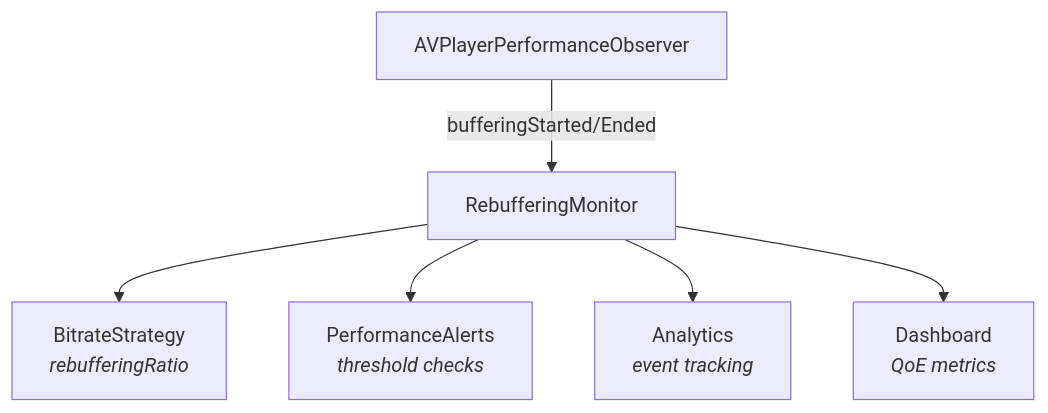
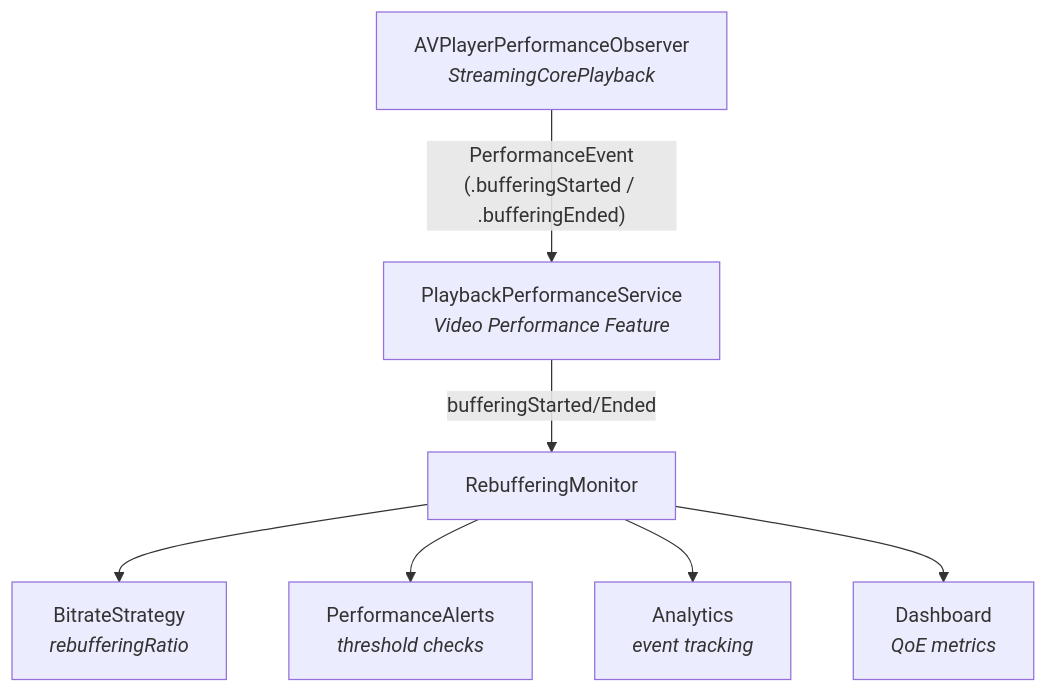
Before and after one commit to tattva20/StreamingVideoApp: the second of 2 diagrams in docs/features/REBUFFERING-DETECTION.md, drawn with Mermaid. The commit also changed other lines of this file and 43 other files, not shown here.

````diff
--- a/docs/features/REBUFFERING-DETECTION.md
+++ b/docs/features/REBUFFERING-DETECTION.md
@@ -329,8 +331,9 @@
 ```mermaid
 flowchart TB
-    APO["AVPlayerPerformanceObserver"] -->|bufferingStarted/Ended| RM["RebufferingMonitor"]
+    APO["AVPlayerPerformanceObserver<br/><i>StreamingCorePlayback</i>"] -->|"PerformanceEvent<br/>(.bufferingStarted / .bufferingEnded)"| PPS["PlaybackPerformanceService<br/><i>Video Performance Feature</i>"]
+    PPS -->|bufferingStarted/Ended| RM["RebufferingMonitor"]
     RM --> BS["BitrateStrategy<br/><i>rebufferingRatio</i>"]
     RM --> PA["PerformanceAlerts<br/><i>threshold checks</i>"]
     RM --> AN["Analytics<br/><i>event tracking</i>"]
     RM --> DB["Dashboard<br/><i>QoE metrics</i>"]
 ```
````
